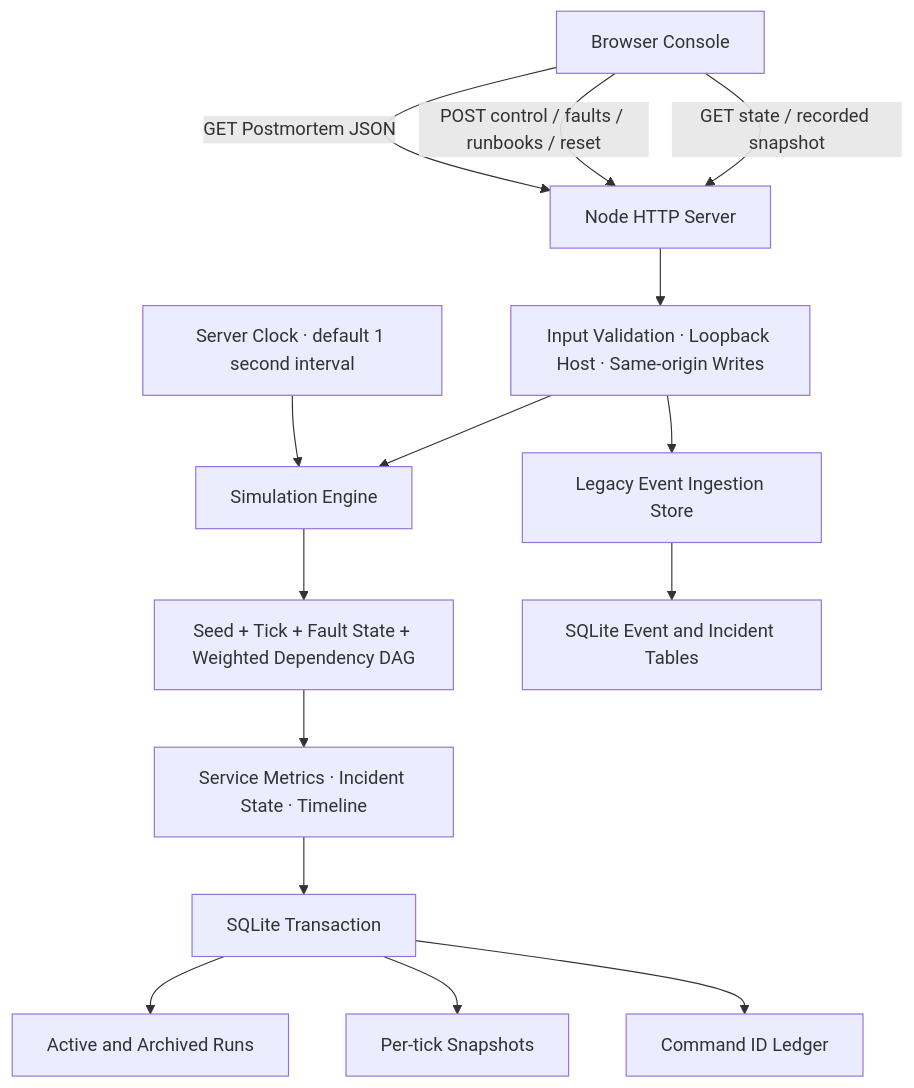
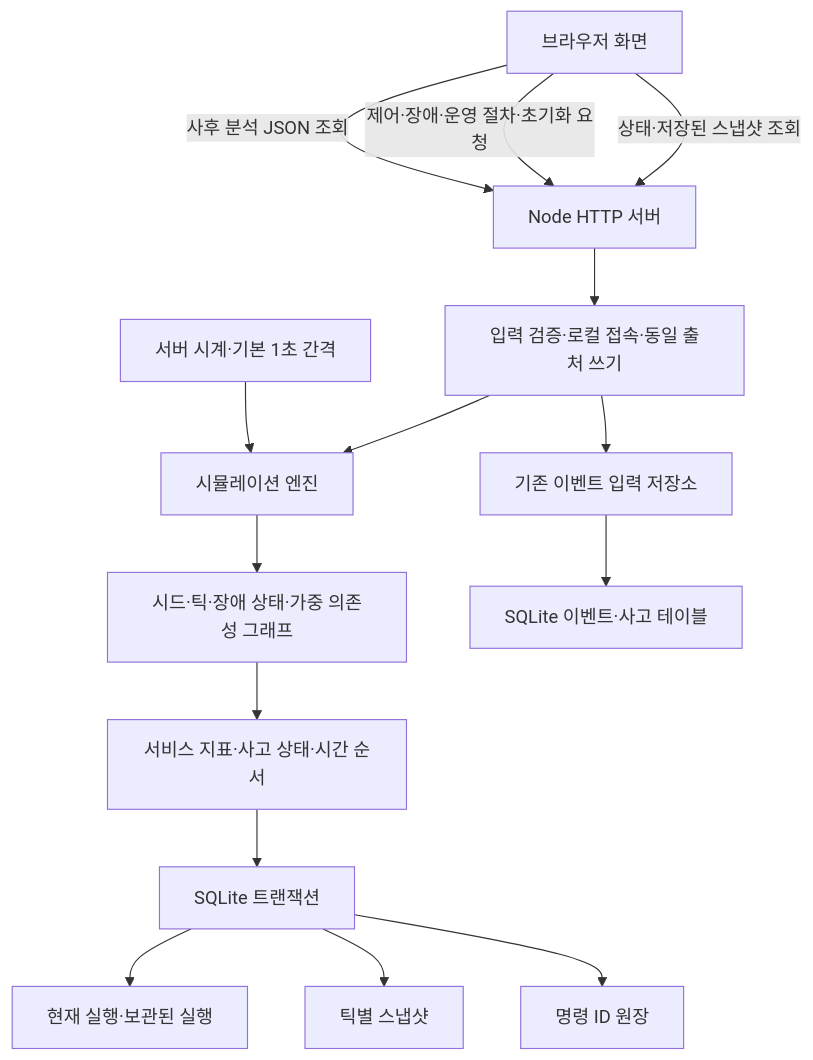
Before and after one commit to ijinz9191-tech/portfolio: the diagram in ai/sre/APP.md, drawn with Mermaid. The commit also changed other lines of this file and 52 other files, not shown here.

````diff
--- a/ai/sre/APP.md
+++ b/ai/sre/APP.md
@@ -37,17 +37,17 @@
 ```mermaid
 flowchart TD
-  UI[Browser Console] -->|GET state / recorded snapshot| HTTP[Node HTTP Server]
-  UI -->|POST control / faults / runbooks / reset| HTTP
-  UI -->|GET Postmortem JSON| HTTP
-  HTTP --> Guards[Input Validation · Loopback Host · Same-origin Writes]
-  Guards --> Engine[Simulation Engine]
-  Clock[Server Clock · default 1 second interval] --> Engine
-  Engine --> Model[Seed + Tick + Fault State + Weighted Dependency DAG]
-  Model --> State[Service Metrics · Incident State · Timeline]
-  State --> TX[SQLite Transaction]
-  TX --> Runs[Active and Archived Runs]
-  TX --> Snapshots[Per-tick Snapshots]
-  TX --> Commands[Command ID Ledger]
-  Guards --> Legacy[Legacy Event Ingestion Store]
-  Legacy --> DB[SQLite Event and Incident Tables]
+  UI[브라우저 화면] -->|상태·저장된 스냅샷 조회| HTTP[Node HTTP 서버]
+  UI -->|제어·장애·운영 절차·초기화 요청| HTTP
+  UI -->|사후 분석 JSON 조회| HTTP
+  HTTP --> Guards[입력 검증·로컬 접속·동일 출처 쓰기]
+  Guards --> Engine[시뮬레이션 엔진]
+  Clock[서버 시계·기본 1초 간격] --> Engine
+  Engine --> Model[시드·틱·장애 상태·가중 의존성 그래프]
+  Model --> State[서비스 지표·사고 상태·시간 순서]
+  State --> TX[SQLite 트랜잭션]
+  TX --> Runs[현재 실행·보관된 실행]
+  TX --> Snapshots[틱별 스냅샷]
+  TX --> Commands[명령 ID 원장]
+  Guards --> Legacy[기존 이벤트 입력 저장소]
+  Legacy --> DB[SQLite 이벤트·사고 테이블]
 ```
````
